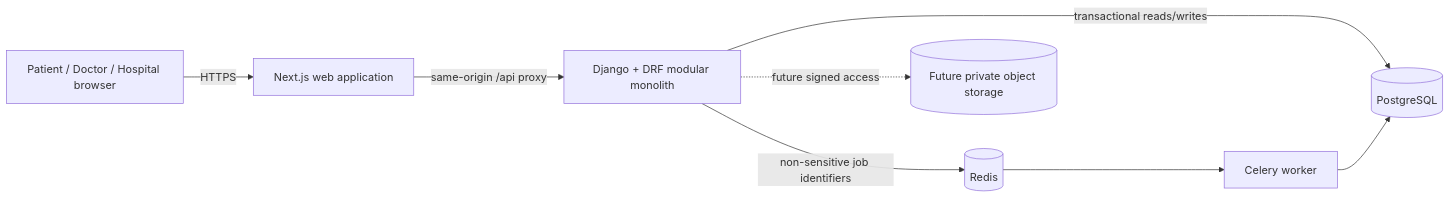
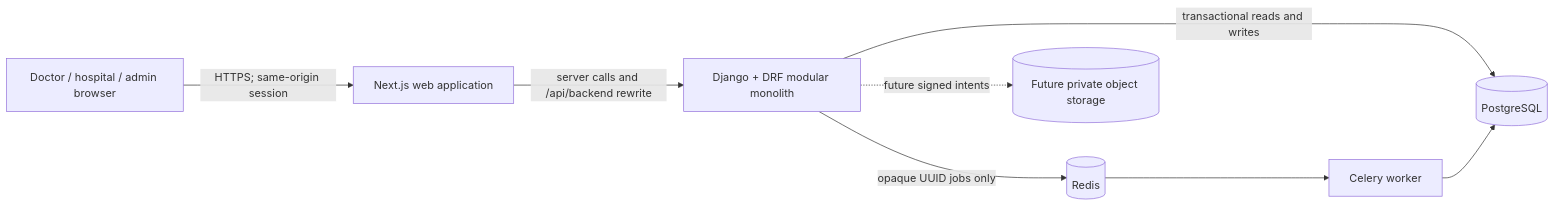
One commit to smitzo/KnockKnockDoc changed the diagram in docs/HIGH_LEVEL_DESIGN.md. Above: the diagram before and after it, drawn with Mermaid. The commit also changed other lines of this file and 5 other files, not shown here.

Commit message:
docs(architecture): align documentation with the doctor network

````diff
--- a/docs/HIGH_LEVEL_DESIGN.md
+++ b/docs/HIGH_LEVEL_DESIGN.md
@@ -11,18 +15,18 @@
 ```mermaid
 flowchart LR
-    Browser[Patient / Doctor / Hospital browser]
+    Browser[Doctor / hospital / admin browser]
     Next[Next.js web application]
     API[Django + DRF modular monolith]
     DB[(PostgreSQL)]
     Queue[(Redis)]
     Worker[Celery worker]
     Objects[(Future private object storage)]
 
-    Browser -->|HTTPS| Next
-    Next -->|same-origin /api proxy| API
-    API -->|transactional reads/writes| DB
-    API -->|non-sensitive job identifiers| Queue
+    Browser -->|HTTPS; same-origin session| Next
+    Next -->|server calls and /api/backend rewrite| API
+    API -->|transactional reads and writes| DB
+    API -->|opaque UUID jobs only| Queue
     Queue --> Worker
     Worker --> DB
-    API -. future signed access .-> Objects
+    API -. future signed intents .-> Objects
 ```
````
